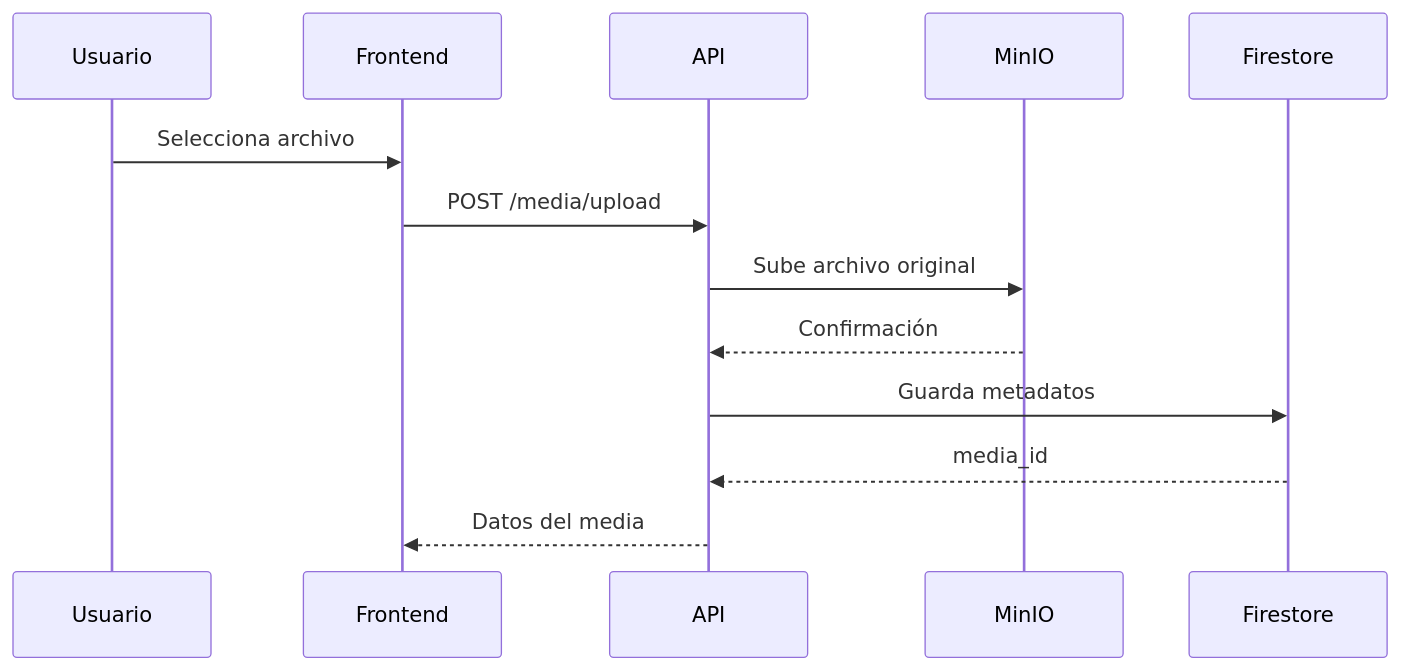
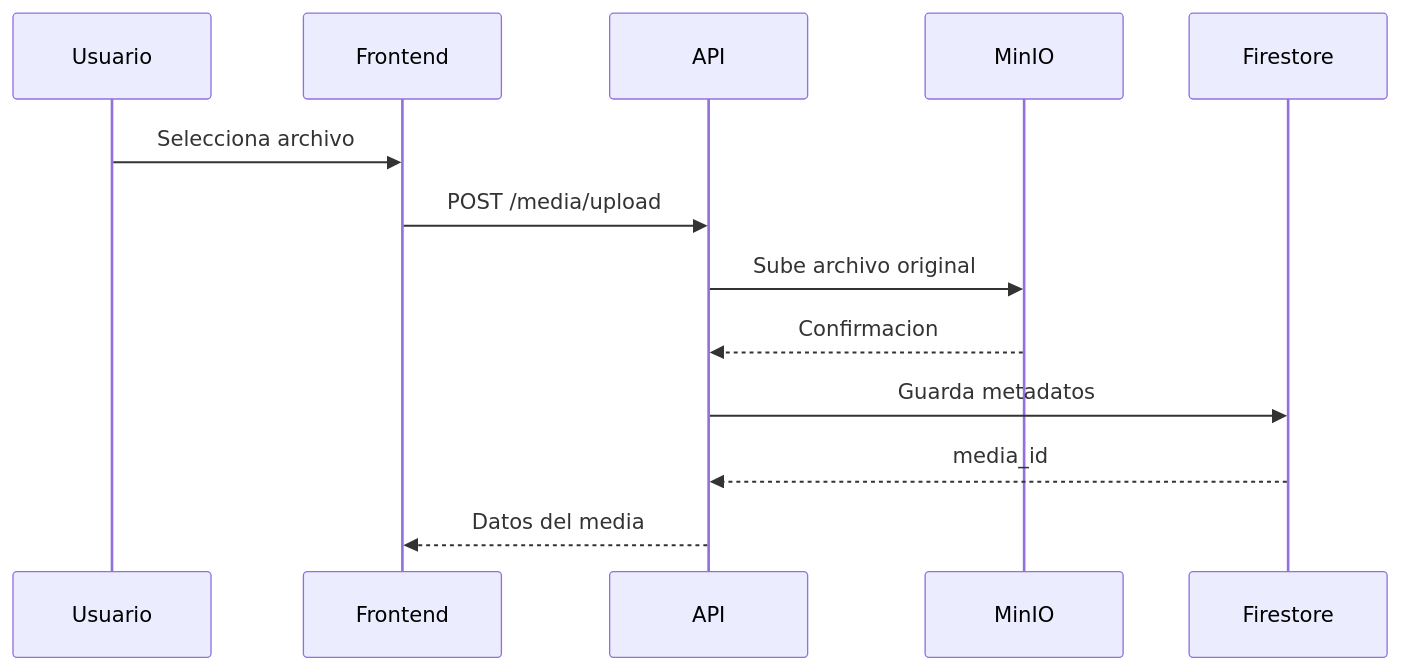
One commit to Geancaov/espotifai changed the second of 3 diagrams in README.md. Above: the diagram before and after it, drawn with Mermaid. The commit also changed other lines of this file, not shown here.

````diff
--- a/README.md
+++ b/README.md
@@ -534,10 +539,16 @@
 ```mermaid
 sequenceDiagram
-    Usuario->>Frontend: Selecciona archivo
-    Frontend->>API: POST /media/upload
-    API->>MinIO: Sube archivo original
-    MinIO-->>API: Confirmación
-    API->>Firestore: Guarda metadatos
-    Firestore-->>API: media_id
-    API-->>Frontend: Datos del media
+    participant U as Usuario
+    participant F as Frontend
+    participant A as API
+    participant M as MinIO
+    participant DB as Firestore
+    
+    U->>F: Selecciona archivo
+    F->>A: POST /media/upload
+    A->>M: Sube archivo original
+    M-->>A: Confirmacion
+    A->>DB: Guarda metadatos
+    DB-->>A: media_id
+    A-->>F: Datos del media
 ```
````
